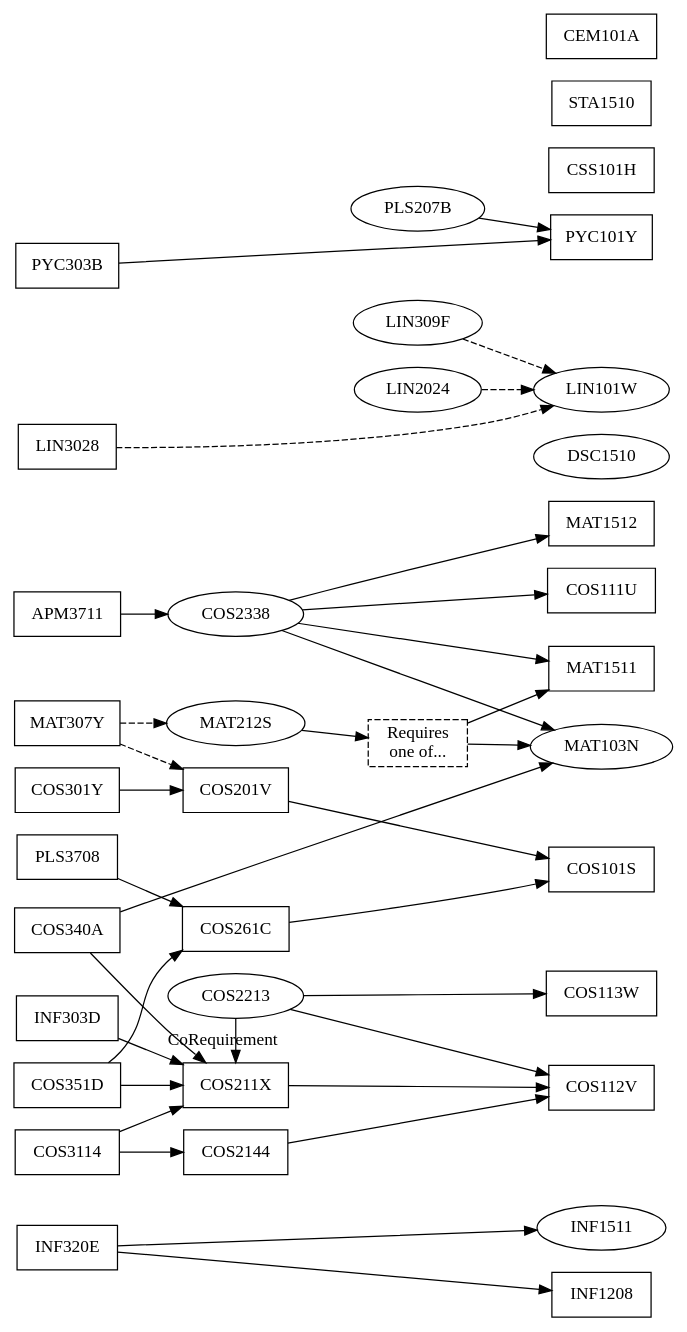
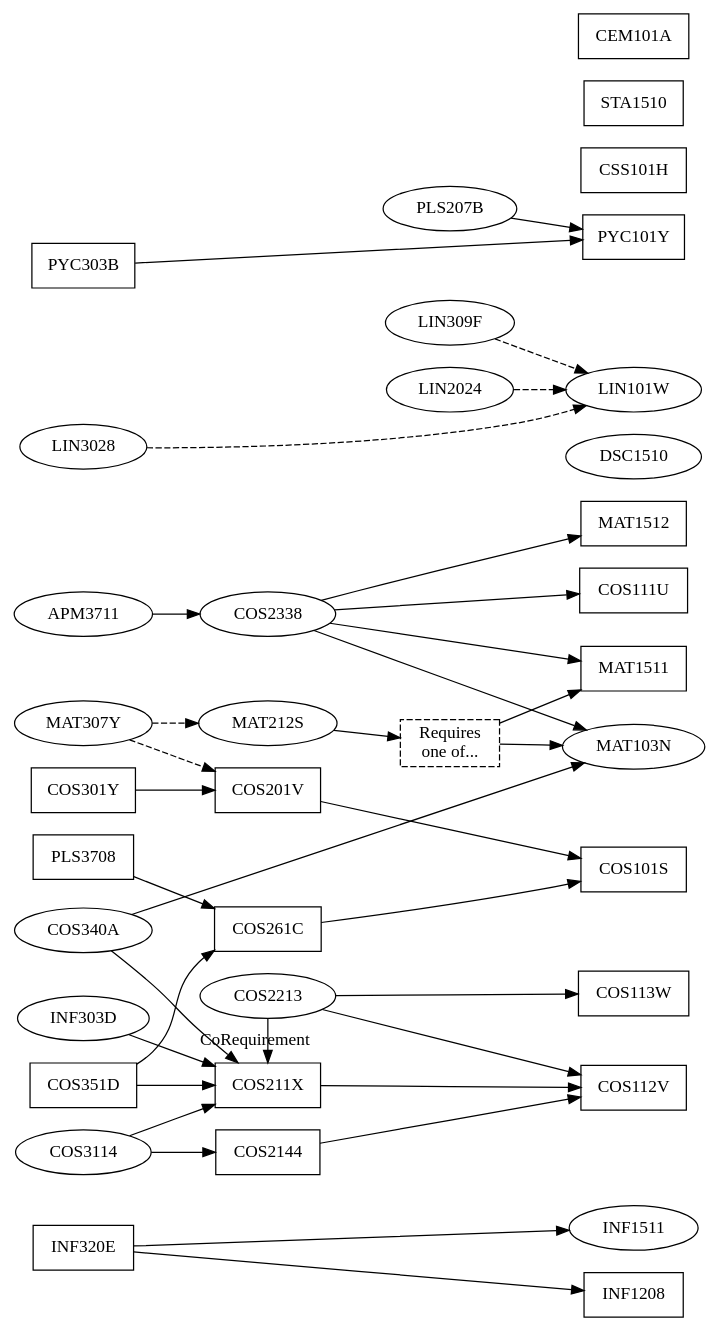
The diagram in ComputationalIntelligence.dot (apauley/unisa-module-graph), drawn with Graphviz before and after one commit.

Commit message:
Third-level optional modules are ellipsed

```diff
--- a/ComputationalIntelligence.dot
+++ b/ComputationalIntelligence.dot
@@ -1,59 +1,66 @@
 digraph ComputationalIntelligence {
     node [shape=box];
     rankdir=LR;
 
     // Optional modules are ellipse-shaped
     INF1511 [shape=ellipse];
     MAT103N [shape=ellipse];
     DSC1510 [shape=ellipse];
     LIN101W [shape=ellipse];
 
     COS2213 [shape=ellipse];
     COS2338 [shape=ellipse];
     MAT212S [shape=ellipse];
     LIN309F [shape=ellipse];
     LIN2024 [shape=ellipse];
     PLS207B [shape=ellipse];
+
+    COS3114 [shape=ellipse];
+    APM3711 [shape=ellipse];
+    MAT307Y [shape=ellipse];
+    INF303D [shape=ellipse];
+    LIN3028 [shape=ellipse];
+    COS340A [shape=ellipse];
 
     {rank=same; COS301Y INF320E COS351D PLS3708}
     {rank=same; COS3114 APM3711 MAT307Y COS340A}
     {rank=same; INF303D LIN3028 PYC303B}
 
     {rank=same; COS201V COS211X COS261C COS2144}
     {rank=same; COS2213 COS2338 MAT212S}
     {rank=same; LIN309F LIN2024 PLS207B}
 
     {rank=same; COS101S COS112V COS113W INF1208 MAT1512 MAT1511 MAT103N PYC101Y COS111U LIN101W INF1511}
     {rank=same; DSC1510 CSS101H STA1510 CEM101A}
     {rank=max; DSC1510 COS101S}
 
     COS301Y -> {COS201V}
     INF320E -> {INF1208 INF1511}
     COS351D -> {COS211X COS261C}
     PLS3708 -> {COS261C}
     PYC303B -> {PYC101Y}
 
     COS3114 -> {COS211X COS2144}
     APM3711 -> {COS2338}
     MAT307Y -> {MAT212S COS201V} [style=dashed]
     INF303D -> {COS211X}
     LIN3028 -> {LIN101W} [style=dashed]
     COS340A -> {COS211X MAT103N}
 
 
     COS201V -> {COS101S}
     COS211X -> {COS112V}
     COS261C -> {COS101S}
     COS2144 -> {COS112V}
 
     {rank=same; COS2213 COS211X}
     COS2213 -> {COS112V COS113W}
     COS2213 -> {COS211X} [label=CoRequirement]
     COS2338 -> {COS111U MAT103N MAT1511 MAT1512}
     MAT103OR151 [label="Requires\none of...", style=dashed];
     MAT212S -> {MAT103OR151}
     MAT103OR151 -> {MAT103N MAT1511}
     LIN309F -> {LIN101W} [style=dashed]
     LIN2024 -> {LIN101W} [style=dashed]
     PLS207B -> {PYC101Y}
 }
```
